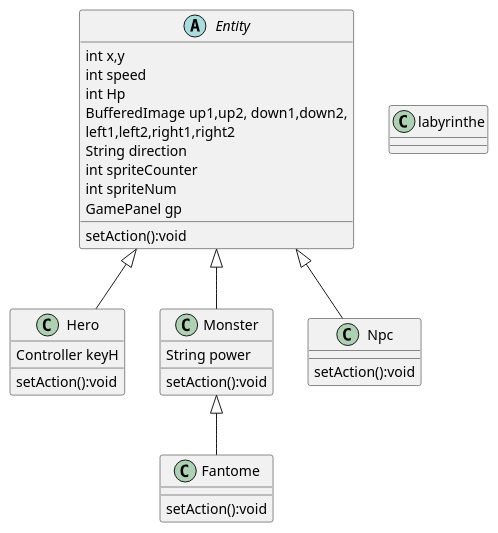
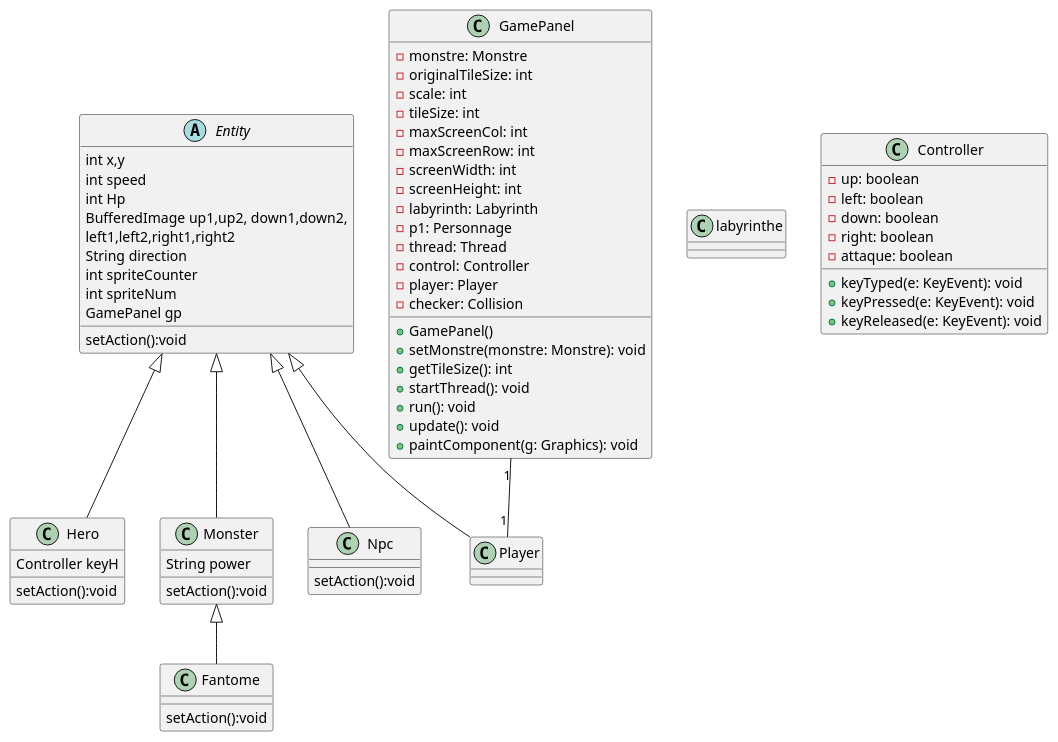
One commit to walidbrini/ACL-2023-UL-MAX changed the diagram in Documents/Diagramme de Classe.puml. Above: the diagram before and after it, drawn with PlantUML. The commit also changed 4 other files, not shown here.

```diff
--- a/Documents/Diagramme de Classe.puml
+++ b/Documents/Diagramme de Classe.puml
@@ -1,43 +1,85 @@
 @startuml
 'https://plantuml.com/sequence-diagram
 
 
 Entity <|--Hero
 Entity <|--Monster
 Entity <|--Npc
 Monster <|--Fantome
+GamePanel "1" -- "1" Player
+Entity <|-- Player
 
 class labyrinthe{
 }
 abstract class Entity {
 int x,y
 int speed
 int Hp
 BufferedImage up1,up2, down1,down2,
 left1,left2,right1,right2
 String direction
 int spriteCounter
 int spriteNum
 GamePanel gp
 setAction():void
 
+}
+
+class GamePanel {
+        - monstre: Monstre
+        - originalTileSize: int
+        - scale: int
+        - tileSize: int
+        - maxScreenCol: int
+        - maxScreenRow: int
+        - screenWidth: int
+        - screenHeight: int
+        - labyrinth: Labyrinth
+        - p1: Personnage 
+        - thread: Thread
+        - control: Controller
+        - player: Player
+        - checker: Collision
+
+        + GamePanel()
+        + setMonstre(monstre: Monstre): void
+        + getTileSize(): int
+        + startThread(): void
+        + run(): void
+        + update(): void
+        + paintComponent(g: Graphics): void
 }
 
 class Hero {
 Controller keyH
 setAction():void
 }
 
 class Monster {
 String power
 setAction():void
 }
 
 class Fantome {
 setAction():void
 }
 class Npc{
 setAction():void
 }
 
+
+class Controller {
+    - up: boolean
+    - left: boolean
+    - down: boolean
+    - right: boolean
+    - attaque: boolean
+
+    + keyTyped(e: KeyEvent): void
+    + keyPressed(e: KeyEvent): void
+    + keyReleased(e: KeyEvent): void
+}
+
+
+
 @enduml
```
